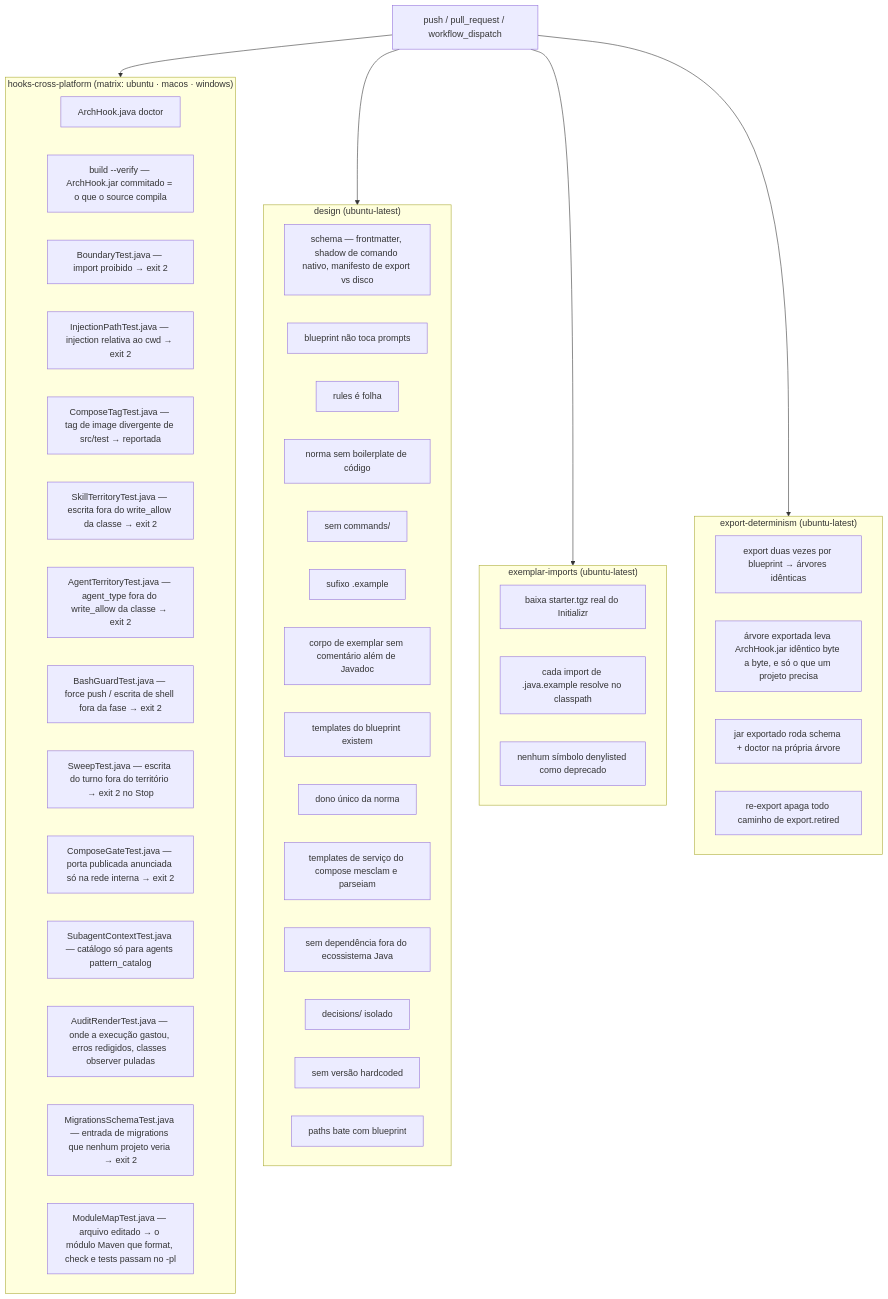
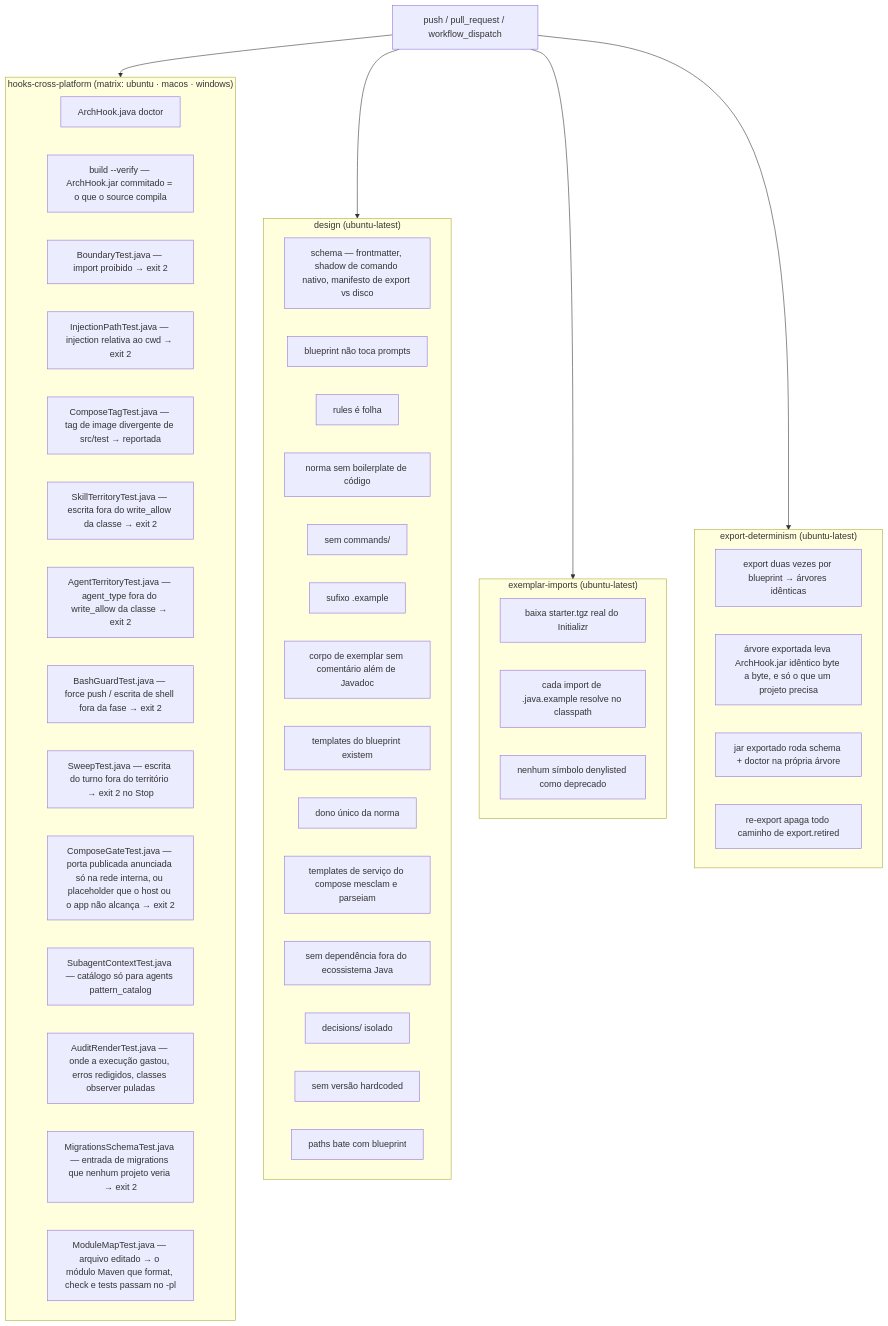
One commit to ice-lfernandes/claude-spring-architect changed the diagram in docs/pt-br/07-ci-validate.md. Above: the diagram before and after it, drawn with Mermaid. The commit also changed other lines of this file and 23 other files, not shown here.

First line of the commit message:
fix: OTLP collector is host-first and compose checks each placeholder on both sides (decision 0110)

````diff
--- a/docs/pt-br/07-ci-validate.md
+++ b/docs/pt-br/07-ci-validate.md
@@ -17,54 +17,54 @@
 ```mermaid
 flowchart TD
     T[push / pull_request / workflow_dispatch] --> J1
     T --> J2
     T --> J3
     T --> J4
 
     subgraph J1["hooks-cross-platform (matrix: ubuntu · macos · windows)"]
         H1[ArchHook.java doctor]
         H0[build --verify — ArchHook.jar commitado = o que o source compila]
         H2[BoundaryTest.java — import proibido → exit 2]
         H3[InjectionPathTest.java — injection relativa ao cwd → exit 2]
         H4[ComposeTagTest.java — tag de image divergente de src/test → reportada]
         H5[SkillTerritoryTest.java — escrita fora do write_allow da classe → exit 2]
         H6[AgentTerritoryTest.java — agent_type fora do write_allow da classe → exit 2]
         H7[BashGuardTest.java — force push / escrita de shell fora da fase → exit 2]
         H8[SweepTest.java — escrita do turno fora do território → exit 2 no Stop]
-        H9[ComposeGateTest.java — porta publicada anunciada só na rede interna → exit 2]
+        H9[ComposeGateTest.java — porta publicada anunciada só na rede interna, ou placeholder que o host ou o app não alcança → exit 2]
         H10[SubagentContextTest.java — catálogo só para agents pattern_catalog]
         H11[AuditRenderTest.java — onde a execução gastou, erros redigidos, classes observer puladas]
         H12[MigrationsSchemaTest.java — entrada de migrations que nenhum projeto veria → exit 2]
         H13[ModuleMapTest.java — arquivo editado → o módulo Maven que format, check e tests passam no -pl]
     end
 
     subgraph J2["design (ubuntu-latest)"]
         D1[schema — frontmatter, shadow de comando nativo, manifesto de export vs disco]
         D4[blueprint não toca prompts]
         D5[rules é folha]
         D6[norma sem boilerplate de código]
         D7[sem commands/]
         D8[sufixo .example]
         D16[corpo de exemplar sem comentário além de Javadoc]
         D9[templates do blueprint existem]
         D10[dono único da norma]
         D15[templates de serviço do compose mesclam e parseiam]
         D11[sem dependência fora do ecossistema Java]
         D12[decisions/ isolado]
         D13[sem versão hardcoded]
         D14[paths bate com blueprint]
     end
 
     subgraph J3["exemplar-imports (ubuntu-latest)"]
         E1[baixa starter.tgz real do Initializr]
         E2[cada import de .java.example resolve no classpath]
         E3[nenhum símbolo denylisted como deprecado]
     end
 
     subgraph J4["export-determinism (ubuntu-latest)"]
         X1[export duas vezes por blueprint → árvores idênticas]
         X2[árvore exportada leva ArchHook.jar idêntico byte a byte, e só o que um projeto precisa]
         X3[jar exportado roda schema + doctor na própria árvore]
         X4[re-export apaga todo caminho de export.retired]
     end
 ```
````
